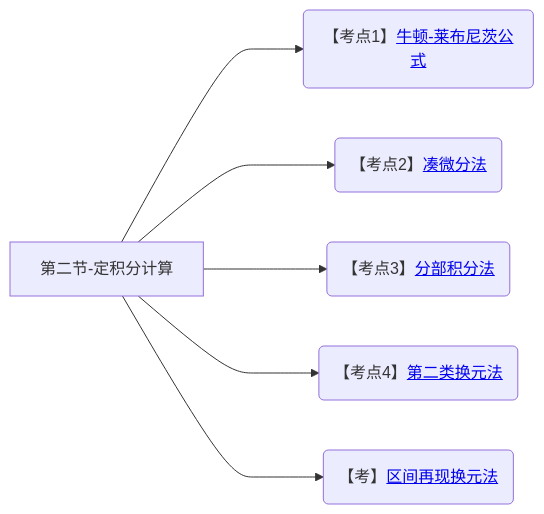
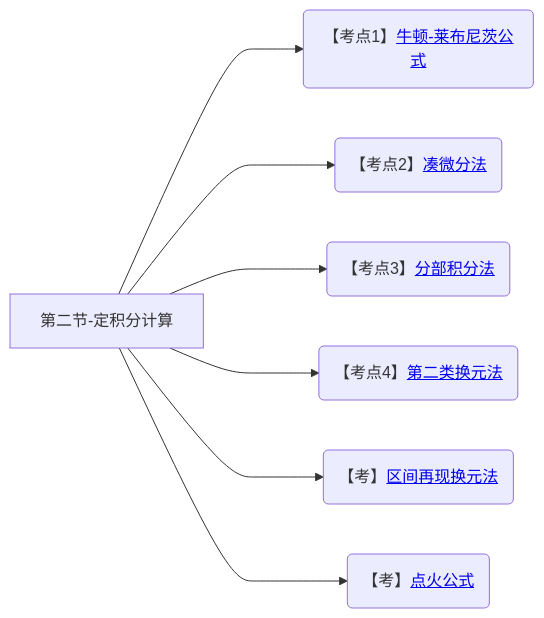
Diagram 20 of 20 in 笔记/数学/周洋鑫/01.基础班思维导图.md (yuebinghui/note), drawn with Mermaid before and after one commit. The commit also changed 6 other files, not shown here.

````diff
--- a/笔记/数学/周洋鑫/01.基础班思维导图.md
+++ b/笔记/数学/周洋鑫/01.基础班思维导图.md
@@ -757,12 +757,13 @@
 ```mermaid
 graph LR
 第二节-定积分计算
 
 第二节-定积分计算--->牛顿-莱布尼茨公式(【考点1】<a href="/Users/yuebinghui/Documents/program/github/note/笔记/数学/周洋鑫/基础班/23.定积分的计算.md#牛顿-莱布尼茨公式">牛顿-莱布尼茨公式</>)
 第二节-定积分计算--->凑微分法(【考点2】<a href="/Users/yuebinghui/Documents/program/github/note/笔记/数学/周洋鑫/基础班/23.定积分的计算.md#凑微分法">凑微分法</>)
 第二节-定积分计算--->分部积分法(【考点3】<a href="/Users/yuebinghui/Documents/program/github/note/笔记/数学/周洋鑫/基础班/23.定积分的计算.md#分部积分法">分部积分法</>)
 第二节-定积分计算--->第二类换元法(【考点4】<a href="/Users/yuebinghui/Documents/program/github/note/笔记/数学/周洋鑫/基础班/23.定积分的计算.md#第二类换元法">第二类换元法</>)
 第二节-定积分计算--->区间再现换元法(【考】<a href="/Users/yuebinghui/Documents/program/github/note/笔记/数学/周洋鑫/基础班/23.定积分的计算.md#区间再现换元法">区间再现换元法</>)
+ 第二节-定积分计算--->点火公式(【考】<a href="/Users/yuebinghui/Documents/program/github/note/笔记/数学/周洋鑫/基础班/23.定积分的计算.md#点火公式">点火公式</>)
 
 
 ```
````
